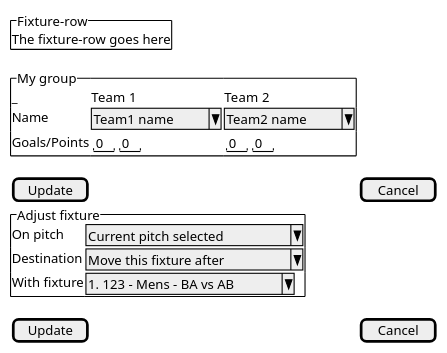
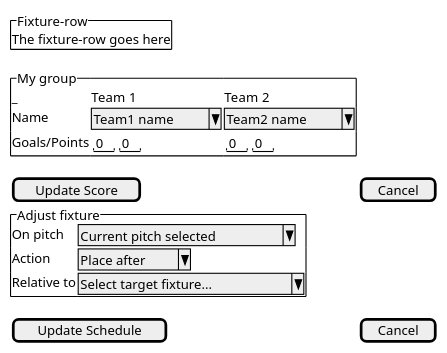
The diagram in src/ui/templates/views/execution/competitionView/partials/editFixture/editFixture.plantuml (eurochriskelly/pp-builder), drawn with PlantUML before and after one commit. The commit also changed 3 other files, not shown here.

```diff
--- a/src/ui/templates/views/execution/competitionView/partials/editFixture/editFixture.plantuml
+++ b/src/ui/templates/views/execution/competitionView/partials/editFixture/editFixture.plantuml
@@ -1,20 +1,20 @@
 @startsalt
 {
   {^"Fixture-row"
     The fixture-row goes here
   }
   {^"My group"
     _         | Team 1          | Team 2
     Name      | ^Team1 name   ^ | ^Team2 name   ^
     Goals/Points     | { " 0" | " 0"} | { " 0" | " 0" }
   }
-  [ Update ] | [ Cancel ]
+  [ Update Score ] | [ Cancel ]
 
   {^"Adjust fixture"
     On pitch     | ^Current pitch selected ^
-    Destination  | ^Move this fixture after^
-    With fixture | ^#123 - Mens - BA vs AB^
+    Action       | ^Place after^
+    Relative to  | ^Select target fixture...^
   }
-  [ Update ] | [ Cancel ]
+  [ Update Schedule ] | [ Cancel ]
 }
 @endsalt 
```
